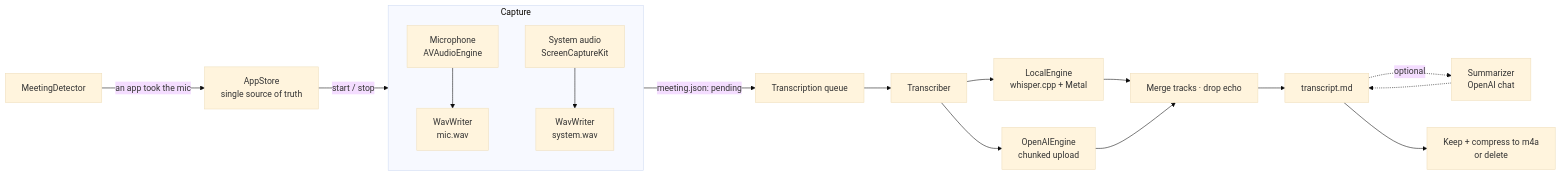
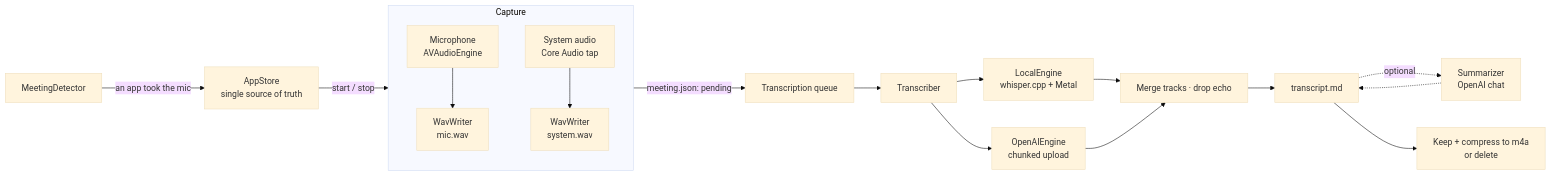
One commit to mcpeixoto/Ata changed the diagram in docs/ARCHITECTURE.md. Above: the diagram before and after it, drawn with Mermaid (base theme). The commit also changed other lines of this file and 17 other files, not shown here.

````diff
--- a/docs/ARCHITECTURE.md
+++ b/docs/ARCHITECTURE.md
@@ -7,21 +7,21 @@
 ```mermaid
 flowchart LR
     subgraph capture [Capture]
         MIC[Microphone<br/>AVAudioEngine] --> W1[WavWriter<br/>mic.wav]
-        SYS[System audio<br/>ScreenCaptureKit] --> W2[WavWriter<br/>system.wav]
+        SYS[System audio<br/>Core Audio tap] --> W2[WavWriter<br/>system.wav]
     end
 
     DET[MeetingDetector] -- "an app took the mic" --> STORE
     STORE[AppStore<br/>single source of truth] -- start / stop --> capture
 
     capture -- "meeting.json: pending" --> QUEUE[Transcription queue]
     QUEUE --> T[Transcriber]
     T --> LOCAL[LocalEngine<br/>whisper.cpp + Metal]
     T --> OPENAI[OpenAIEngine<br/>chunked upload]
     LOCAL --> MERGE[Merge tracks · drop echo]
     OPENAI --> MERGE
     MERGE --> MD[transcript.md]
     MD -. optional .-> SUM[Summarizer<br/>OpenAI chat]
     SUM -.-> MD
     MD --> AUDIO[Keep + compress to m4a<br/>or delete]
 ```
````
